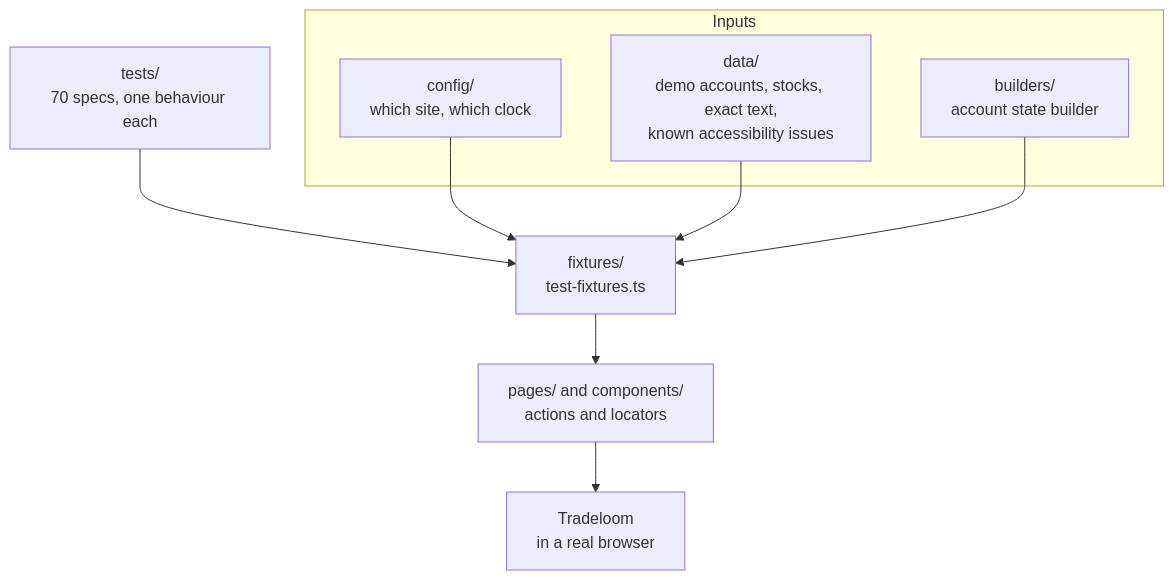
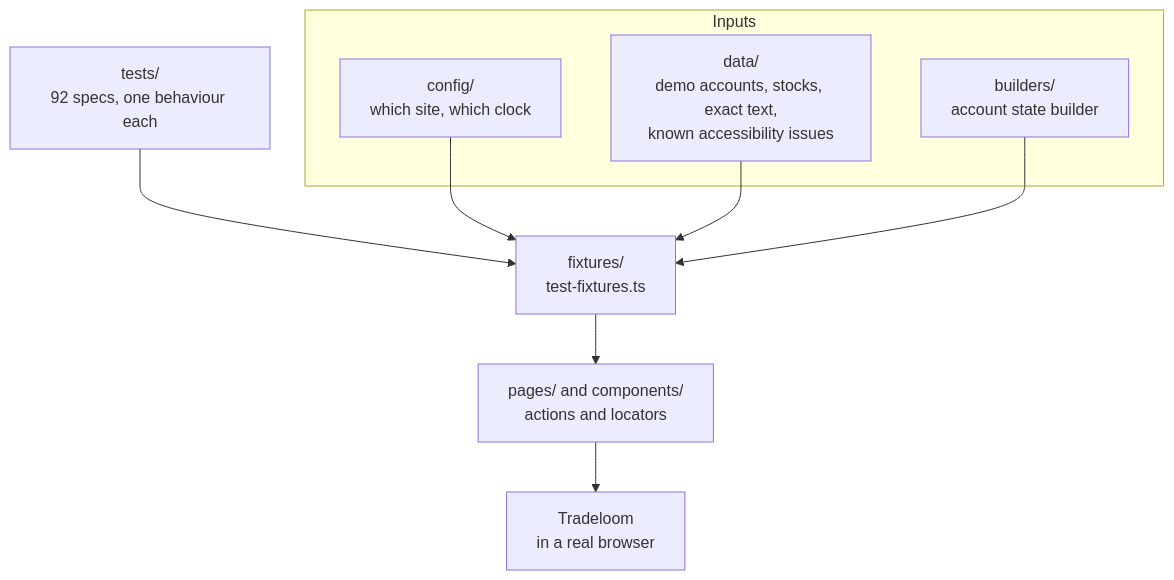
Before and after one commit to Yusuf-Hridoy/Playwright-Project: the first of 2 diagrams in README.md, drawn with Mermaid. The commit also changed other lines of this file and 17 other files, not shown here.

````diff
--- a/README.md
+++ b/README.md
@@ -16,21 +22,21 @@
 ```mermaid
 flowchart TD
     subgraph Inputs
         C["config/<br/>which site, which clock"]
         D["data/<br/>demo accounts, stocks, exact text,<br/>known accessibility issues"]
         B["builders/<br/>account state builder"]
     end
 
-    T["tests/<br/>70 specs, one behaviour each"]
+    T["tests/<br/>92 specs, one behaviour each"]
     F["fixtures/<br/>test-fixtures.ts"]
     P["pages/ and components/<br/>actions and locators"]
     A["Tradeloom<br/>in a real browser"]
 
     T --> F
     F --> P
     P --> A
 
     C --> F
     D --> F
     B --> F
 ```
````
